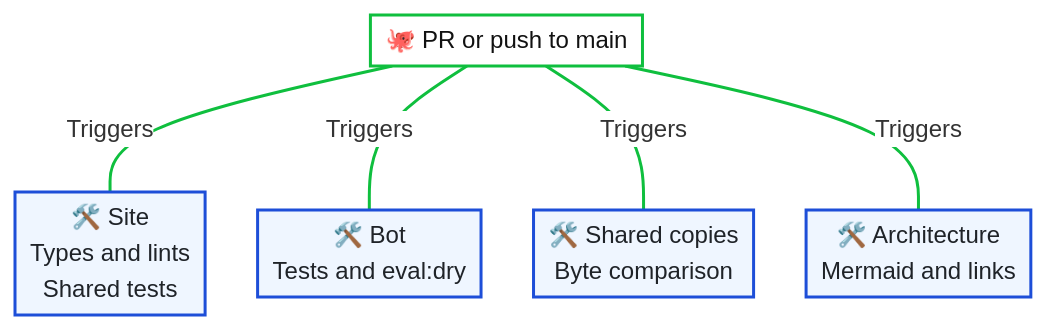
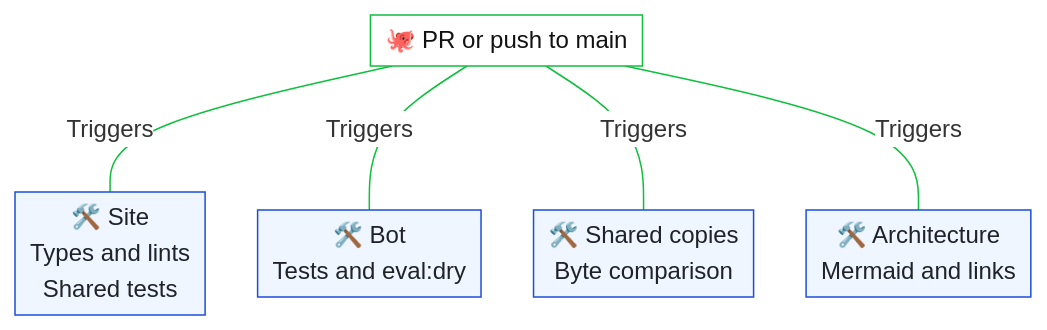
The second of 3 diagrams in docs/architecture/operations.md (T00few2/dzr), drawn with Mermaid before and after one commit. The commit also changed other lines of this file and 34 other files, not shown here.

Commit message:
docs: use normal strokes and enforce 12px sequence labels

````diff
--- a/docs/architecture/operations.md
+++ b/docs/architecture/operations.md
@@ -71,29 +71,29 @@
 ```mermaid
 ---
 config:
   theme: base
   themeVariables:
     edgeLabelBackground: '#ffffff'
   themeCSS: |
     .edgeLabel, .edgeLabel p { font-size: 12px !important; }
     :is(&) { background: #ffffff; }
   flowchart:
     padding: 5
     nodeSpacing: 35
     rankSpacing: 60
 ---
 flowchart TB
     event["🐙 PR or push to main"] ---|Triggers| site["🛠️ Site<br/>Types and lints<br/>Shared tests"]
     event ---|Triggers| bot["🛠️ Bot<br/>Tests and eval:dry"]
     event ---|Triggers| shared["🛠️ Shared copies<br/>Byte comparison"]
     event ---|Triggers| docs["🛠️ Architecture<br/>Mermaid and links"]
-    classDef default fill:#eff6ff,stroke:#1d4ed8,stroke-width:2px,color:#1f2328
-    classDef external fill:#fff1f2,stroke:#b91c1c,stroke-width:2px,color:#1f2328
-    linkStyle default stroke:#1d4ed8,stroke-width:2px
-    classDef provider3 fill:#ffffff,stroke:#0FBF3E,stroke-width:2px,color:#111111
+    classDef default fill:#eff6ff,stroke:#1d4ed8,color:#1f2328
+    classDef external fill:#fff1f2,stroke:#b91c1c,color:#1f2328
+    linkStyle default stroke:#1d4ed8
+    classDef provider3 fill:#ffffff,stroke:#0FBF3E,color:#111111
     class event provider3
-    linkStyle 0 stroke:#0FBF3E,stroke-width:2px
-    linkStyle 1 stroke:#0FBF3E,stroke-width:2px
-    linkStyle 2 stroke:#0FBF3E,stroke-width:2px
-    linkStyle 3 stroke:#0FBF3E,stroke-width:2px
+    linkStyle 0 stroke:#0FBF3E
+    linkStyle 1 stroke:#0FBF3E
+    linkStyle 2 stroke:#0FBF3E
+    linkStyle 3 stroke:#0FBF3E
 ```
````
